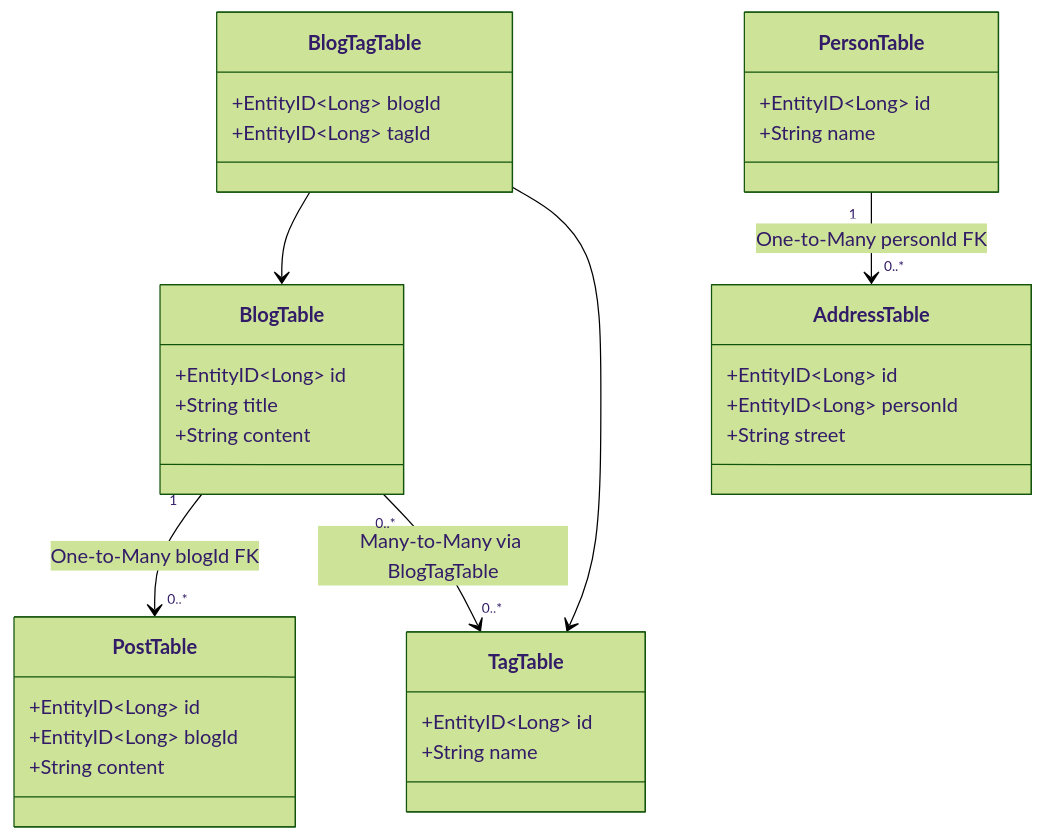
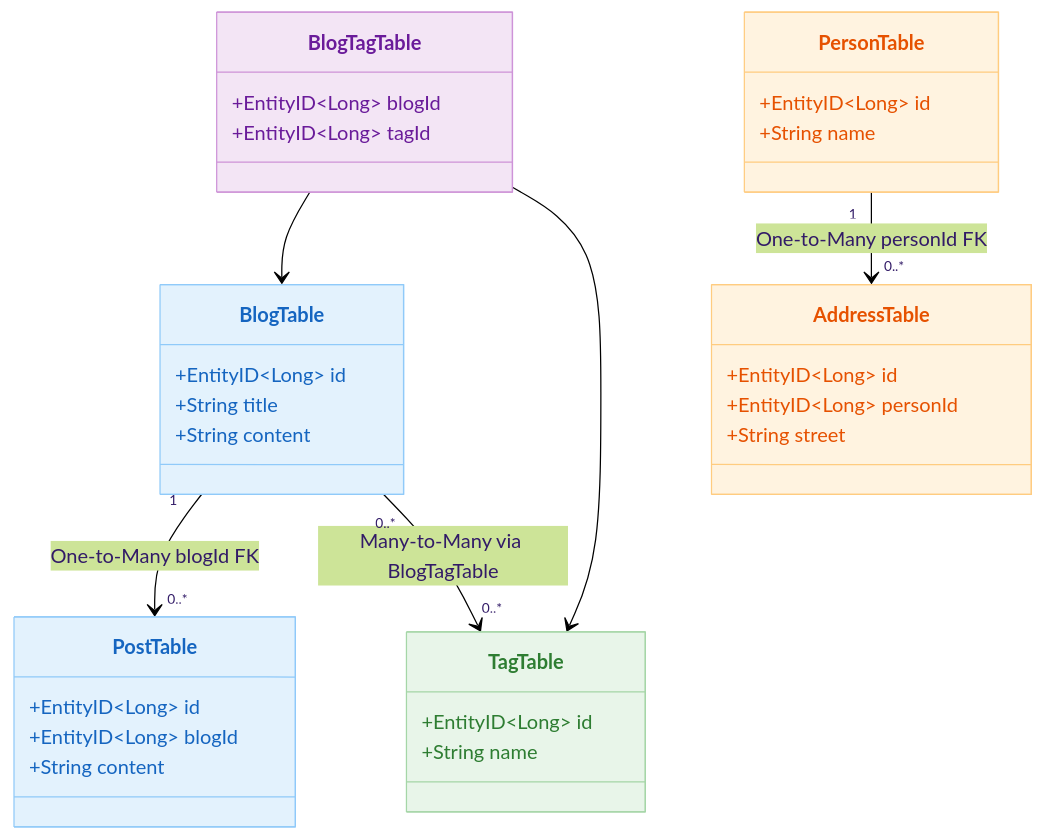
Before and after one commit to bluetape4k/exposed-workshop: the first of 6 diagrams in 07-jpa/01-convert-jpa-basic/README.md, drawn with Mermaid (forest theme). The commit also changed other lines of this file and 56 other files, not shown here.

First line of the commit message:
docs: 전체 README mermaid 다이어그램에 파스텔 톤 색상 적용

````diff
--- a/07-jpa/01-convert-jpa-basic/README.md
+++ b/07-jpa/01-convert-jpa-basic/README.md
@@ -79,36 +79,43 @@
 ```mermaid
 classDiagram
     class BlogTable {
         +EntityID~Long~ id
         +String title
         +String content
     }
     class PostTable {
         +EntityID~Long~ id
         +EntityID~Long~ blogId
         +String content
     }
     class TagTable {
         +EntityID~Long~ id
         +String name
     }
     class BlogTagTable {
         +EntityID~Long~ blogId
         +EntityID~Long~ tagId
     }
     class PersonTable {
         +EntityID~Long~ id
         +String name
     }
     class AddressTable {
         +EntityID~Long~ id
         +EntityID~Long~ personId
         +String street
     }
 
     BlogTable "1" --> "0..*" PostTable : One-to-Many blogId FK
     BlogTable "0..*" --> "0..*" TagTable : Many-to-Many via BlogTagTable
     BlogTagTable --> BlogTable
     BlogTagTable --> TagTable
     PersonTable "1" --> "0..*" AddressTable : One-to-Many personId FK
+
+    style BlogTable fill:#E3F2FD,stroke:#90CAF9,color:#1565C0
+    style PostTable fill:#E3F2FD,stroke:#90CAF9,color:#1565C0
+    style TagTable fill:#E8F5E9,stroke:#A5D6A7,color:#2E7D32
+    style BlogTagTable fill:#F3E5F5,stroke:#CE93D8,color:#6A1B9A
+    style PersonTable fill:#FFF3E0,stroke:#FFCC80,color:#E65100
+    style AddressTable fill:#FFF3E0,stroke:#FFCC80,color:#E65100
 ```
````
